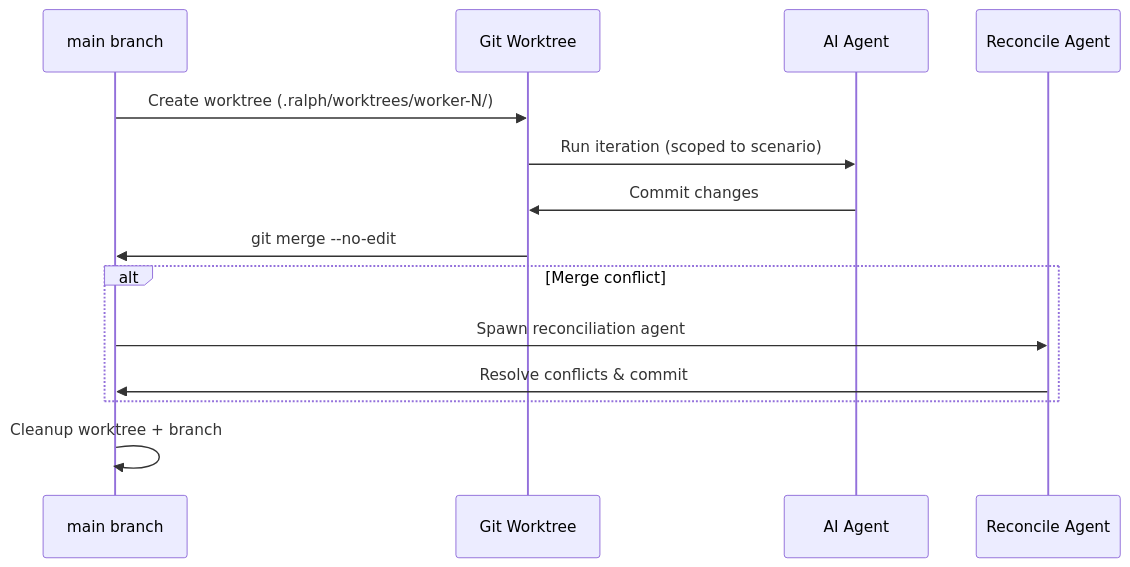
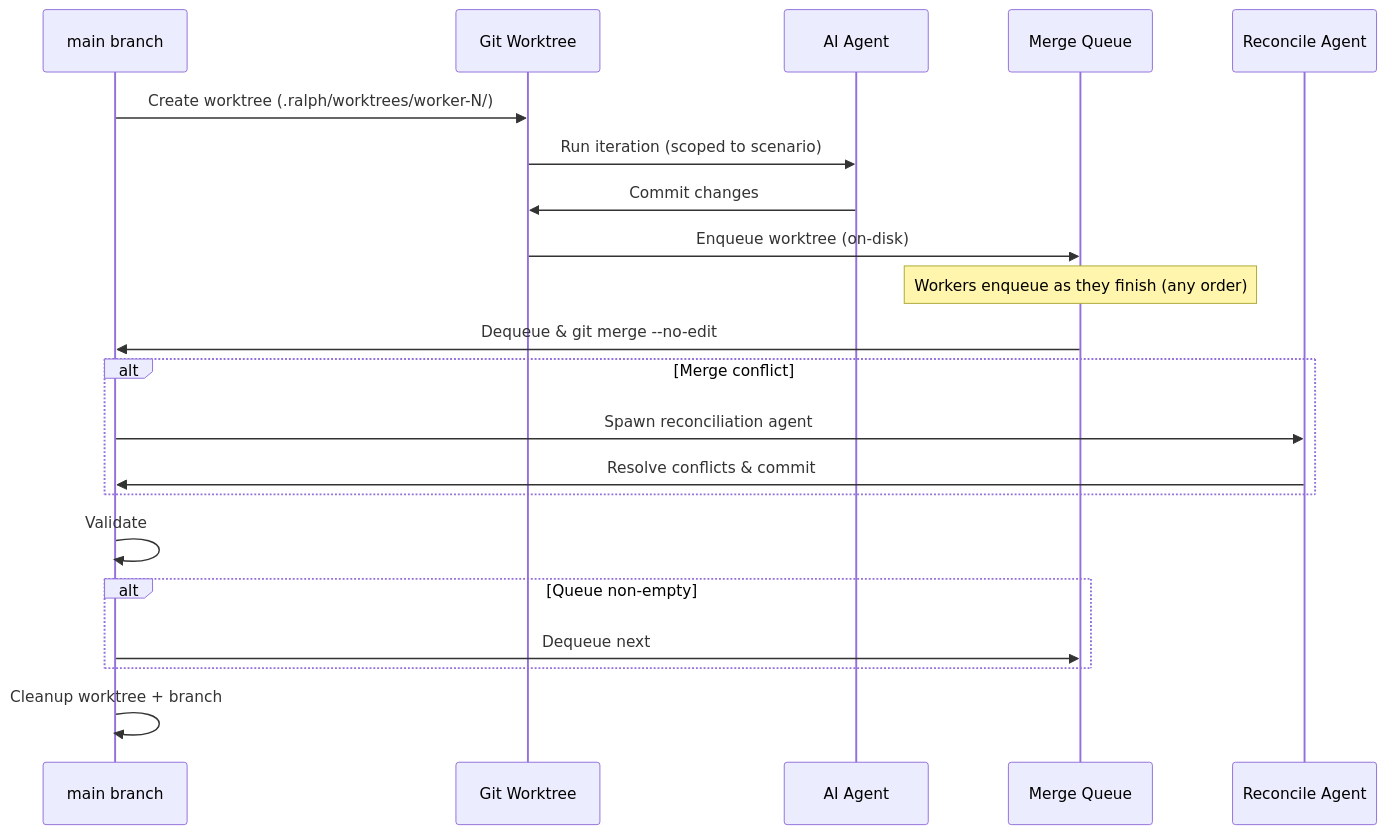
The third of 5 diagrams in ARCHITECTURE.md (cdaringe/ralphmania), drawn with Mermaid before and after one commit. The commit also changed other lines of this file and 6 other files, not shown here.

````diff
--- a/ARCHITECTURE.md
+++ b/ARCHITECTURE.md
@@ -84,17 +88,24 @@
 ```mermaid
 sequenceDiagram
     participant Main as main branch
     participant WT as Git Worktree
     participant Agent as AI Agent
+    participant MQ as Merge Queue
     participant Reconciler as Reconcile Agent
 
     Main->>WT: Create worktree (.ralph/worktrees/worker-N/)
     WT->>Agent: Run iteration (scoped to scenario)
     Agent->>WT: Commit changes
-    WT->>Main: git merge --no-edit
+    WT->>MQ: Enqueue worktree (on-disk)
+    Note over MQ: Workers enqueue as they finish (any order)
+    MQ->>Main: Dequeue & git merge --no-edit
     alt Merge conflict
         Main->>Reconciler: Spawn reconciliation agent
         Reconciler->>Main: Resolve conflicts & commit
     end
+    Main->>Main: Validate
+    alt Queue non-empty
+        Main->>MQ: Dequeue next
+    end
     Main->>Main: Cleanup worktree + branch
 ```
````
